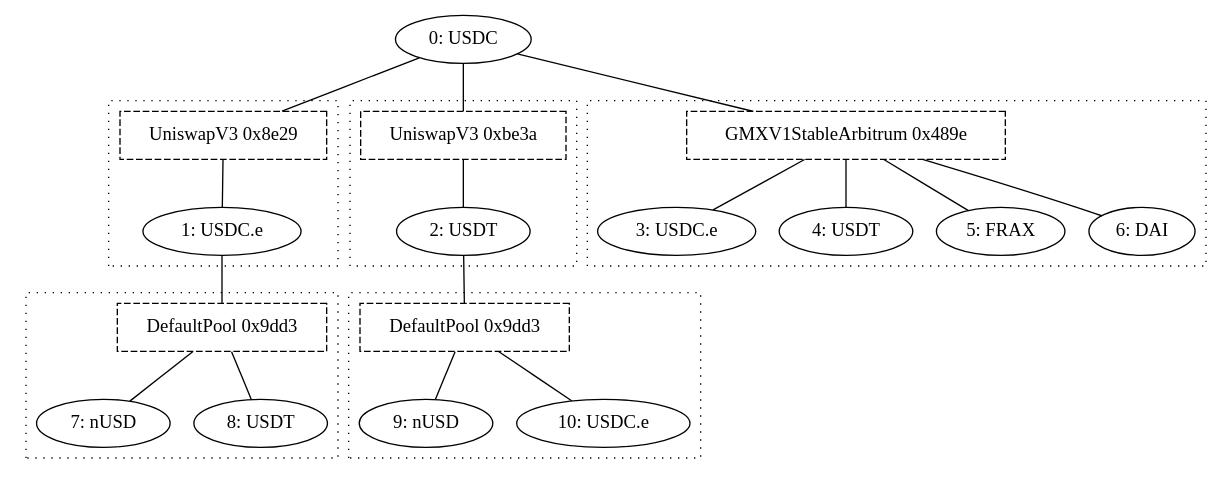
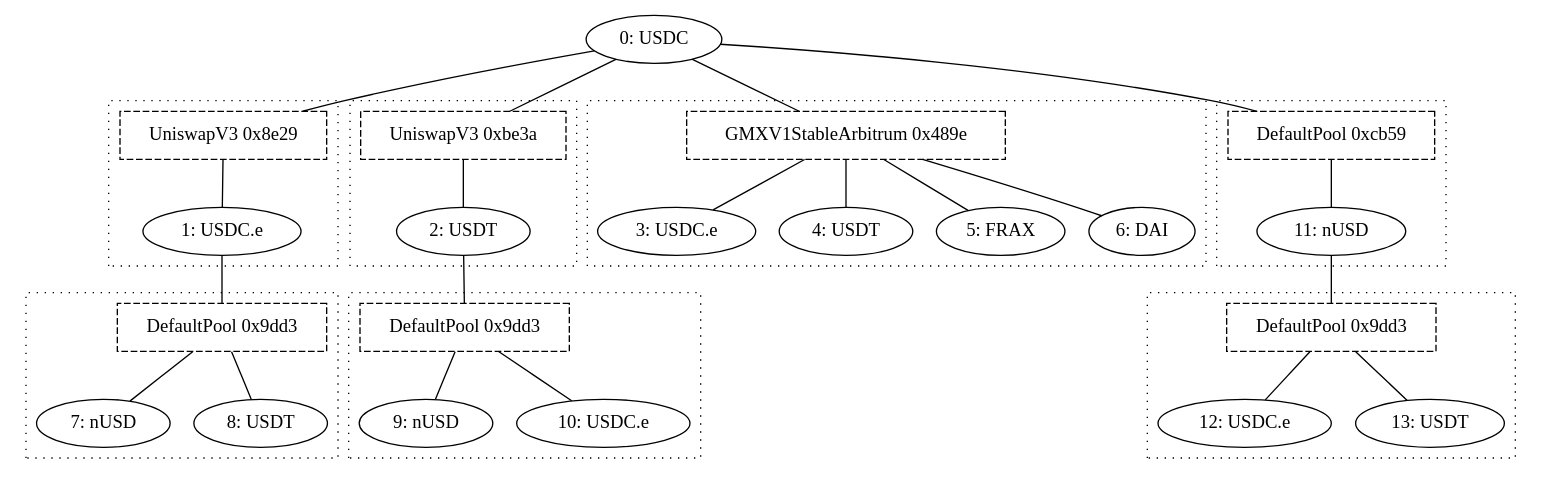
One commit to synapsecns/synapse-contracts changed the diagram in script/configs/arbitrum/LinkedPool.CCTP.USDC.dot. Above: the diagram before and after it, drawn with Graphviz. The commit also changed 2 other files, not shown here.

Commit message:
Add new private pool to USDC LinkedPool

```diff
--- a/script/configs/arbitrum/LinkedPool.CCTP.USDC.dot
+++ b/script/configs/arbitrum/LinkedPool.CCTP.USDC.dot
@@ -1,75 +1,101 @@
 graph G {
     token0 [label = "0: USDC";];
     token1 [label = "1: USDC.e";];
     token2 [label = "2: USDT";];
     token3 [label = "3: USDC.e";];
     token4 [label = "4: USDT";];
     token5 [label = "5: FRAX";];
     token6 [label = "6: DAI";];
     token7 [label = "7: nUSD";];
     token8 [label = "8: USDT";];
     token9 [label = "9: nUSD";];
     token10 [label = "10: USDC.e";];
+    token11 [label = "11: nUSD";];
+    token12 [label = "12: USDC.e";];
+    token13 [label = "13: USDT";];
     pool0 [label = "UniswapV3 0x8e29";shape = rect;style = dashed;];
     token0 -- pool0;
     subgraph cluster0 {
         style = dotted;
         pool0 -- token1;
         subgraph {
             rank = same;
             edge [style = invis;];
             token1;
         }
     }
     pool1 [label = "UniswapV3 0xbe3a";shape = rect;style = dashed;];
     token0 -- pool1;
     subgraph cluster1 {
         style = dotted;
         pool1 -- token2;
         subgraph {
             rank = same;
             edge [style = invis;];
             token2;
         }
     }
     pool2 [label = "GMXV1StableArbitrum 0x489e";shape = rect;style = dashed;];
     token0 -- pool2;
     subgraph cluster2 {
         style = dotted;
         pool2 -- token3;
         pool2 -- token4;
         pool2 -- token5;
         pool2 -- token6;
         subgraph {
             rank = same;
             edge [style = invis;];
             token3 -- token4;
             token4 -- token5;
             token5 -- token6;
         }
     }
     pool3 [label = "DefaultPool 0x9dd3";shape = rect;style = dashed;];
     token1 -- pool3;
     subgraph cluster3 {
         style = dotted;
         pool3 -- token7;
         pool3 -- token8;
         subgraph {
             rank = same;
             edge [style = invis;];
             token7 -- token8;
         }
     }
     pool4 [label = "DefaultPool 0x9dd3";shape = rect;style = dashed;];
     token2 -- pool4;
     subgraph cluster4 {
         style = dotted;
         pool4 -- token9;
         pool4 -- token10;
         subgraph {
             rank = same;
             edge [style = invis;];
             token9 -- token10;
         }
     }
+    pool5 [label = "DefaultPool 0xcb59";shape = rect;style = dashed;];
+    token0 -- pool5;
+    subgraph cluster5 {
+        style = dotted;
+        pool5 -- token11;
+        subgraph {
+            rank = same;
+            edge [style = invis;];
+            token11;
+        }
+    }
+    pool6 [label = "DefaultPool 0x9dd3";shape = rect;style = dashed;];
+    token11 -- pool6;
+    subgraph cluster6 {
+        style = dotted;
+        pool6 -- token12;
+        pool6 -- token13;
+        subgraph {
+            rank = same;
+            edge [style = invis;];
+            token12 -- token13;
+        }
+    }
 }
```
